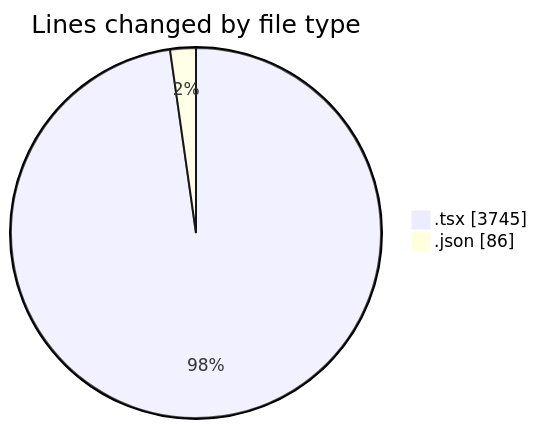
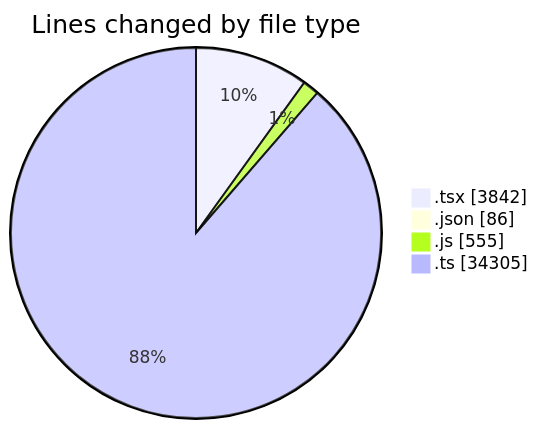
Before and after one commit to momahboobian/code-tracking: the first of 2 diagrams in 2025-11-10/cda/README.md, drawn with Mermaid. The commit also changed other lines of this file and 1 other file, not shown here.

````diff
--- a/2025-11-10/cda/README.md
+++ b/2025-11-10/cda/README.md
@@ -26,6 +39,8 @@
 ```mermaid
 pie showData
 title Lines changed by file type
-".tsx" : 3745
+".tsx" : 3842
 ".json" : 86
+".js" : 555
+".ts" : 34305
 ```
````
